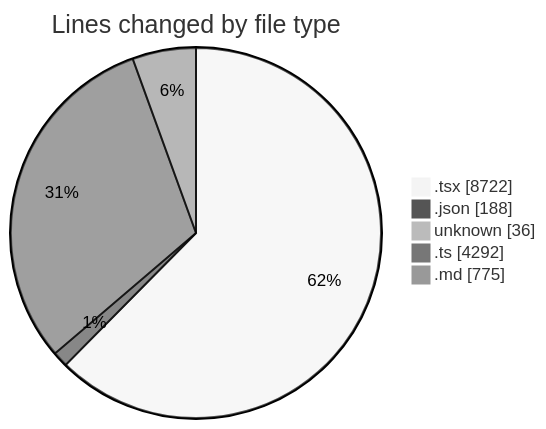
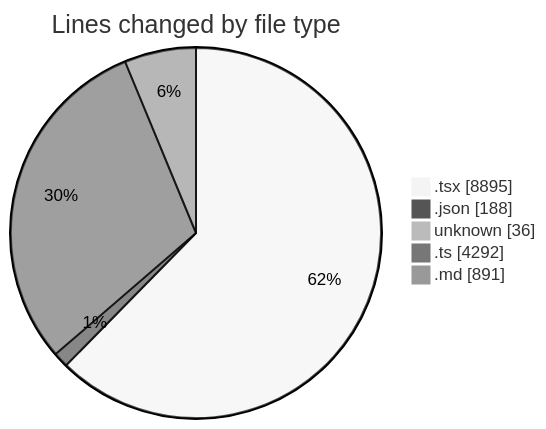
Before and after one commit to ernivani/code-tracking: the first of 2 diagrams in 2025-01-03/tinycms/README.md, drawn with Mermaid (neutral theme). The commit also changed other lines of this file and 5 other files, not shown here.

````diff
--- a/2025-01-03/tinycms/README.md
+++ b/2025-01-03/tinycms/README.md
@@ -64,9 +64,9 @@
 ```mermaid
 pie showData
 title Lines changed by file type
-".tsx" : 8722
+".tsx" : 8895
 ".json" : 188
 "unknown" : 36
 ".ts" : 4292
-".md" : 775
+".md" : 891
 ```
````
